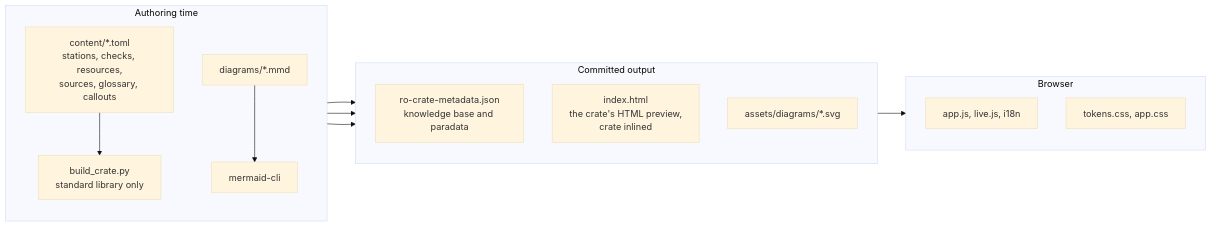
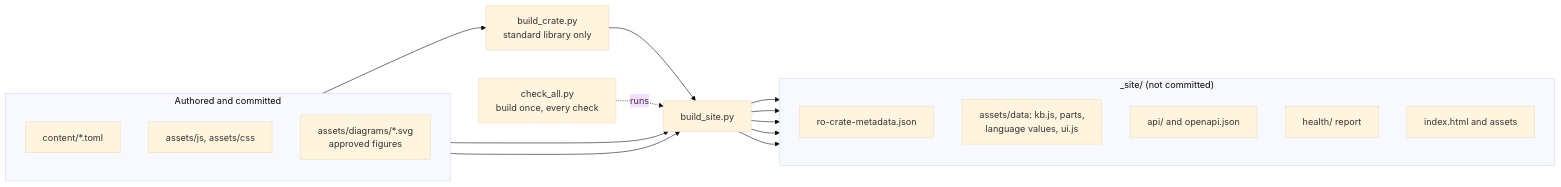
The first of 3 diagrams in docs/design.md (dsw-nrp/eosc-fair-guide), drawn with Mermaid (base theme) before and after one commit. The commit also changed other lines of this file and 744 other files, not shown here.

````diff
--- a/docs/design.md
+++ b/docs/design.md
@@ -126,29 +66,27 @@
 ```mermaid
 flowchart LR
   accTitle: Authoring and build
-  accDescr: Content sources feed a standard-library generator that writes the RO-Crate and the page with the crate inlined. Mermaid sources render to SVG. The browser runs the committed output without a build.
-  subgraph AUTH[Authoring time]
+  accDescr: Content sources feed the standard-library crate generator. The site build writes the page, the crate and its data scripts, the static API, the health report and the approved figures into the uncommitted site directory, which the browser runs as it is. The check runner builds once and runs every check.
+  subgraph AUTH[Authored and committed]
     direction TB
-    C1["content/*.toml<br/>stations, checks, resources,<br/>sources, glossary, callouts"]
-    C2["diagrams/*.mmd"]
-    GEN["build_crate.py<br/>standard library only"]
-    MMDC[mermaid-cli]
-    C1 --> GEN
-    C2 --> MMDC
+    C1["content/*.toml"]
+    JS["assets/js, assets/css"]
+    FIG["assets/diagrams/*.svg<br/>approved figures"]
   end
-  subgraph OUT[Committed output]
+  GEN["build_crate.py<br/>standard library only"]
+  SITE["build_site.py"]
+  subgraph OUT["_site/ (not committed)"]
     direction TB
-    CRATE["ro-crate-metadata.json<br/>knowledge base and paradata"]
-    HTML["index.html<br/>the crate's HTML preview,<br/>crate inlined"]
-    SVG["assets/diagrams/*.svg"]
+    CRATE["ro-crate-metadata.json"]
+    DATA["assets/data: kb.js, parts,<br/>language values, ui.js"]
+    API["api/ and openapi.json"]
+    HEALTH["health/ report"]
+    PAGE["index.html and assets"]
   end
-  subgraph RUN[Browser]
-    direction TB
-    JS["app.js, live.js, i18n"]
-    CSS["tokens.css, app.css"]
-  end
-  GEN --> CRATE
-  GEN --> HTML
-  MMDC --> SVG
-  HTML --> RUN
+  CHK["check_all.py<br/>build once, every check"]
+  C1 --> GEN --> SITE
+  JS --> SITE
+  FIG --> SITE
+  SITE --> CRATE & DATA & API & HEALTH & PAGE
+  CHK -. runs .-> SITE
 ```
````
